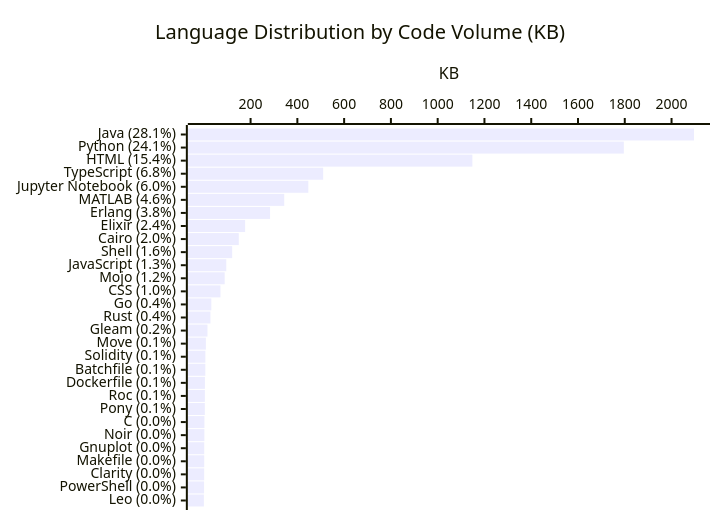
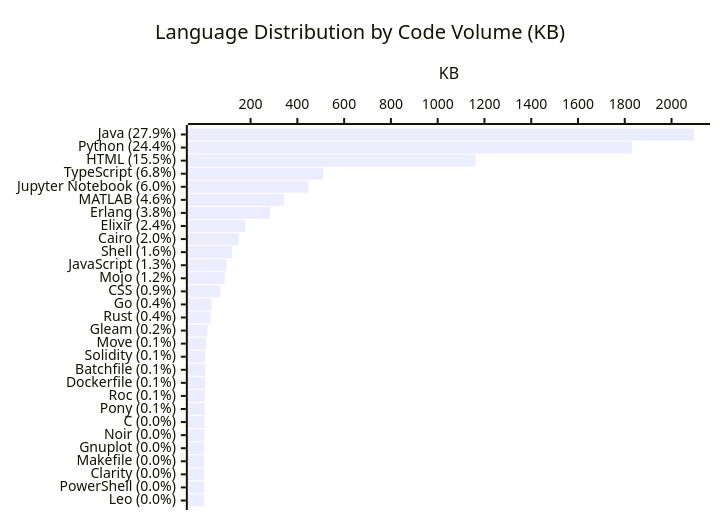
Before and after one commit to KathiraveluLab/.github: the diagram in profile/README.md, drawn with Mermaid. The commit also changed other lines of this file and 1 other file, not shown here.

````diff
--- a/profile/README.md
+++ b/profile/README.md
@@ -67,7 +67,7 @@
 ```mermaid
 xychart-beta horizontal
     title "Language Distribution by Code Volume (KB)"
-    x-axis ["Java (28.1%)", "Python (24.1%)", "HTML (15.4%)", "TypeScript (6.8%)", "Jupyter Notebook (6.0%)", "MATLAB (4.6%)", "Erlang (3.8%)", "Elixir (2.4%)", "Cairo (2.0%)", "Shell (1.6%)", "JavaScript (1.3%)", "Mojo (1.2%)", "CSS (1.0%)", "Go (0.4%)", "Rust (0.4%)", "Gleam (0.2%)", "Move (0.1%)", "Solidity (0.1%)", "Batchfile (0.1%)", "Dockerfile (0.1%)", "Roc (0.1%)", "Pony (0.1%)", "C (0.0%)", "Noir (0.0%)", "Gnuplot (0.0%)", "Makefile (0.0%)", "Clarity (0.0%)", "PowerShell (0.0%)", "Leo (0.0%)"]
+    x-axis ["Java (27.9%)", "Python (24.4%)", "HTML (15.5%)", "TypeScript (6.8%)", "Jupyter Notebook (6.0%)", "MATLAB (4.6%)", "Erlang (3.8%)", "Elixir (2.4%)", "Cairo (2.0%)", "Shell (1.6%)", "JavaScript (1.3%)", "Mojo (1.2%)", "CSS (0.9%)", "Go (0.4%)", "Rust (0.4%)", "Gleam (0.2%)", "Move (0.1%)", "Solidity (0.1%)", "Batchfile (0.1%)", "Dockerfile (0.1%)", "Roc (0.1%)", "Pony (0.1%)", "C (0.0%)", "Noir (0.0%)", "Gnuplot (0.0%)", "Makefile (0.0%)", "Clarity (0.0%)", "PowerShell (0.0%)", "Leo (0.0%)"]
     y-axis "KB"
-    bar [2095.91, 1795.89, 1148.39, 510.29, 446.91, 343.93, 283.41, 176.6, 149.42, 121.22, 96.07, 89.29, 71.2, 32.03, 28.25, 15.66, 8.83, 6.65, 6.48, 4.76, 4.5, 4.41, 2.58, 2.46, 1.82, 1.71, 1.53, 1.02, 0.26]
+    bar [2095.91, 1830.52, 1161.96, 510.29, 446.91, 343.93, 283.41, 176.6, 149.42, 121.22, 96.07, 89.29, 71.2, 32.03, 28.25, 15.66, 8.83, 6.65, 6.48, 4.76, 4.5, 4.41, 2.58, 2.46, 1.82, 1.71, 1.53, 1.02, 0.26]
 ```
````
